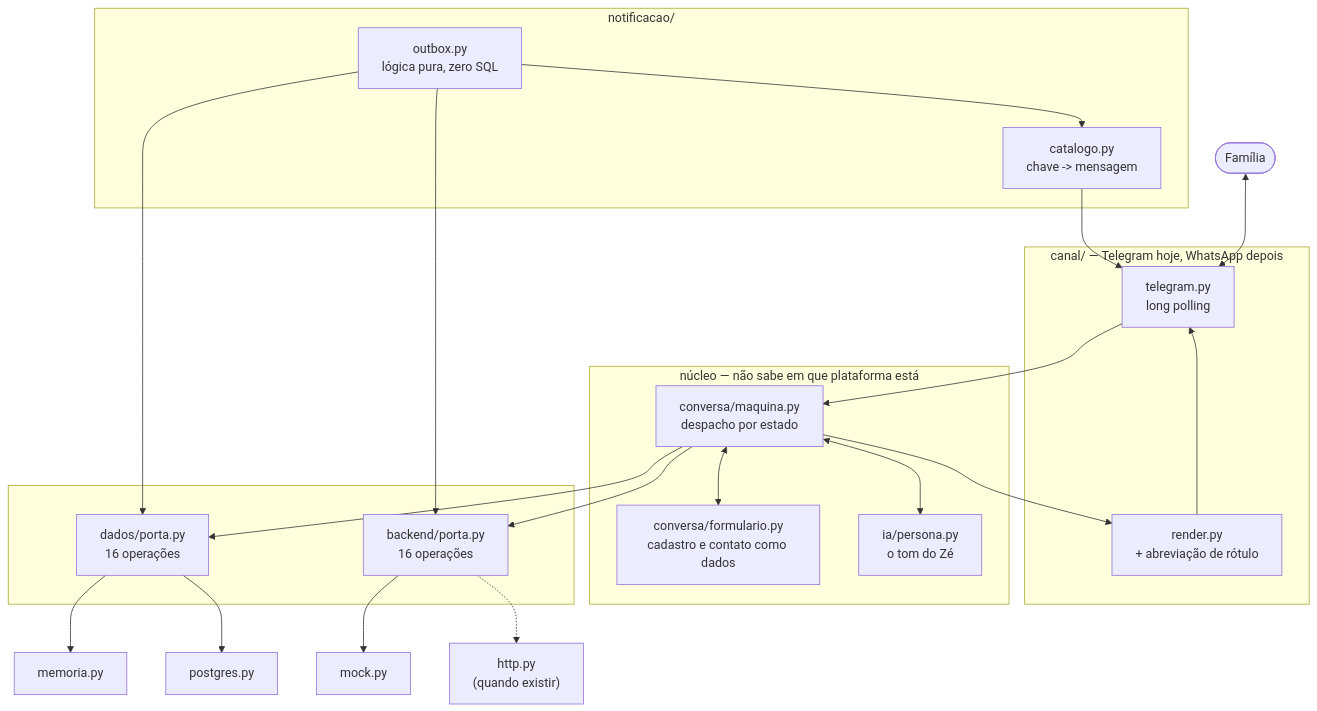
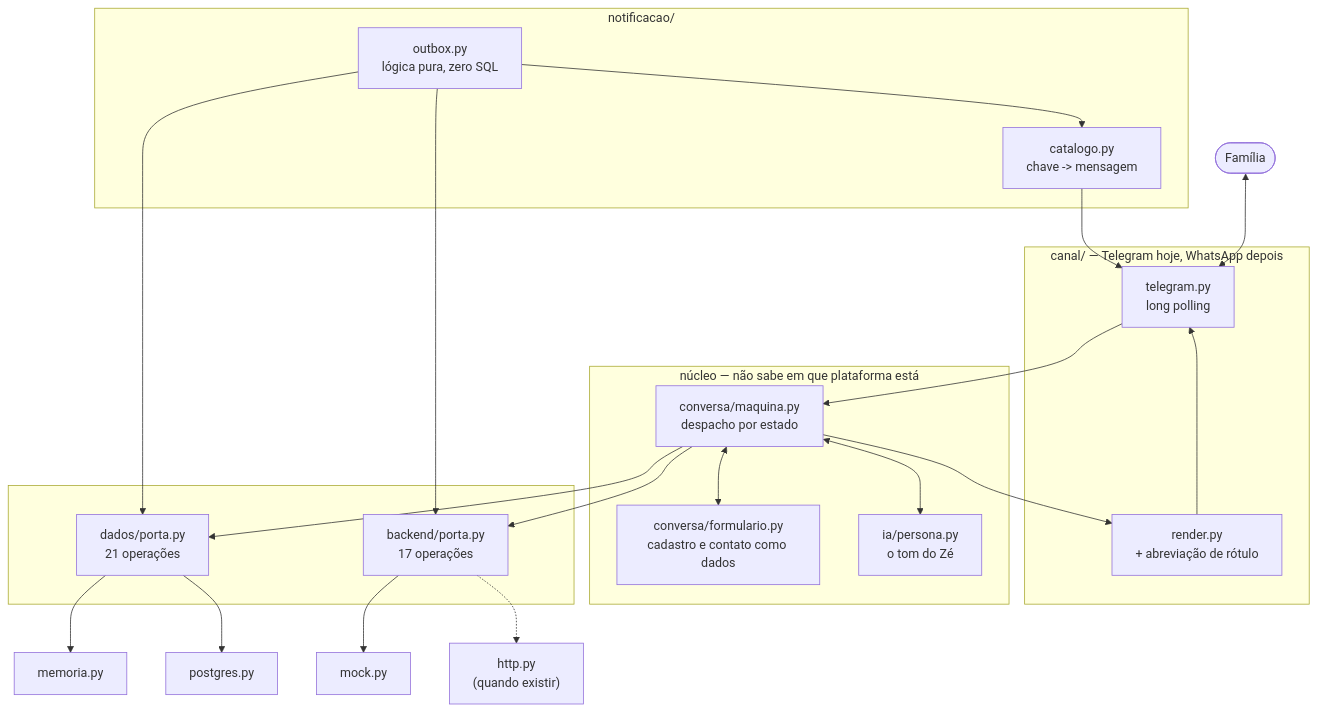
Before and after one commit to GuilhermeRozenblat/Hackathon-claude: the diagram in docs/ARQUITETURA.md, drawn with Mermaid. The commit also changed other lines of this file and 32 other files, not shown here.

````diff
--- a/docs/ARQUITETURA.md
+++ b/docs/ARQUITETURA.md
@@ -139,44 +139,44 @@
 ```mermaid
 flowchart TB
     U([Família])
 
     subgraph CANAL["canal/ — Telegram hoje, WhatsApp depois"]
         TG["telegram.py<br/>long polling"]
         RD["render.py<br/>+ abreviação de rótulo"]
     end
 
     subgraph NUCLEO["núcleo — não sabe em que plataforma está"]
         MAQ["conversa/maquina.py<br/>despacho por estado"]
         FORM["conversa/formulario.py<br/>cadastro e contato como dados"]
         PERS["ia/persona.py<br/>o tom do Zé"]
     end
 
     subgraph PORTAS[" "]
-        PD["dados/porta.py<br/>16 operações"]
-        PB["backend/porta.py<br/>16 operações"]
+        PD["dados/porta.py<br/>21 operações"]
+        PB["backend/porta.py<br/>17 operações"]
     end
 
     MEM["memoria.py"]
     SQL["postgres.py"]
     MOCK["mock.py"]
     HTTP["http.py<br/>(quando existir)"]
 
     subgraph NOT["notificacao/"]
         OBX["outbox.py<br/>lógica pura, zero SQL"]
         CAT["catalogo.py<br/>chave -> mensagem"]
     end
 
     U <--> TG --> MAQ
     MAQ --> RD --> TG
     MAQ <--> FORM
     MAQ <--> PERS
     MAQ --> PD
     MAQ --> PB
     PD --> MEM
     PD --> SQL
     PB --> MOCK
     PB -.-> HTTP
     OBX --> PD
     OBX --> PB
     OBX --> CAT --> TG
 ```
````
